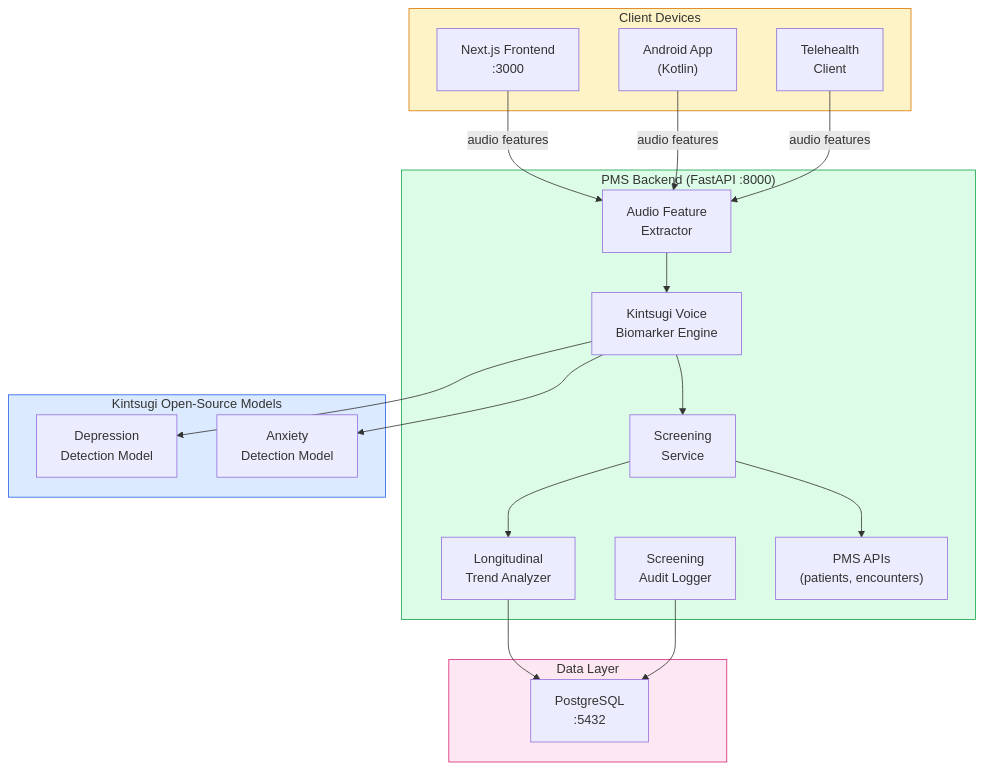
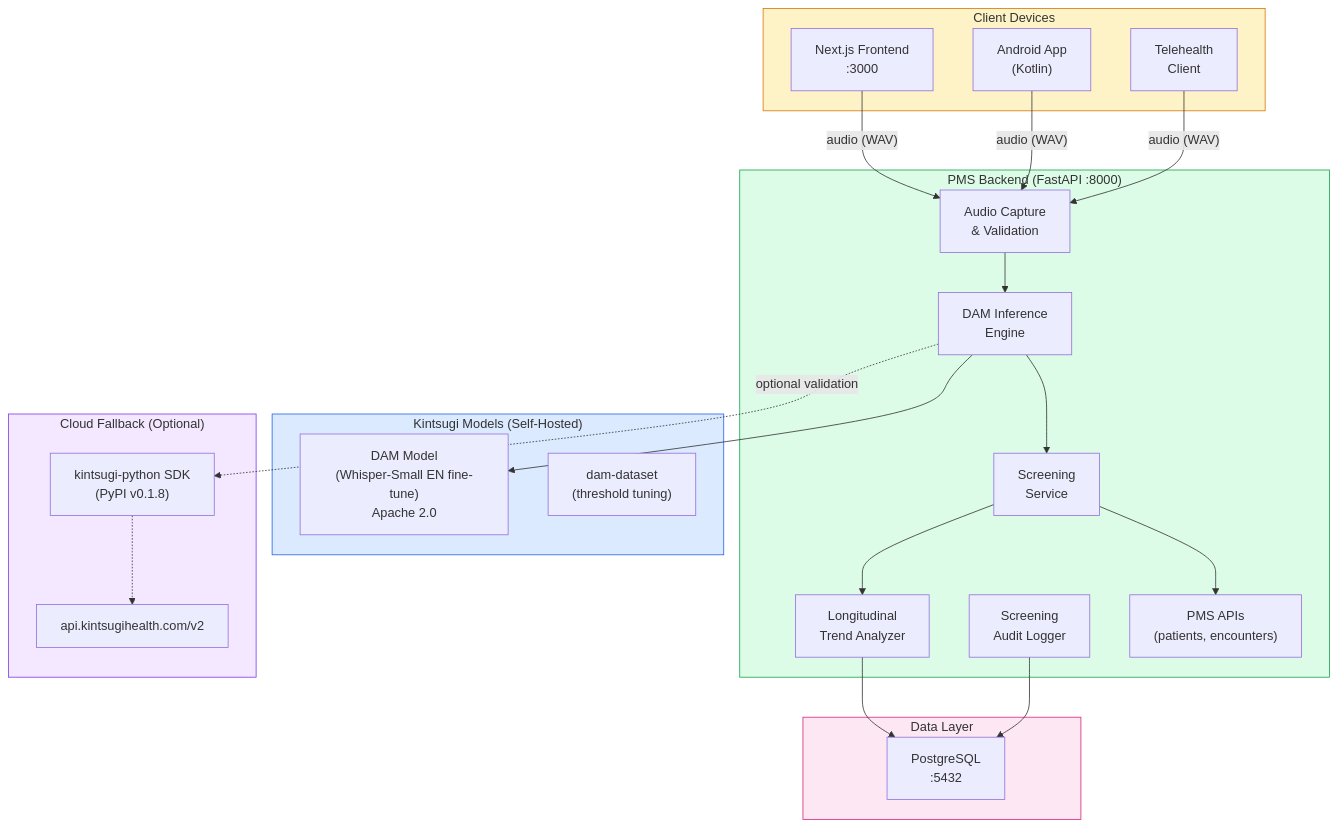
Before and after one commit to utexas-demo/demo: the diagram in docs/experiments/35-PRD-KintsugiOpenSource-PMS-Integration.md, drawn with Mermaid. The commit also changed other lines of this file and 4 other files, not shown here.

First line of the commit message:
Update Experiment 35 to use PyPI SDK and HuggingFace DAM model; add AI brief

````diff
--- a/docs/experiments/35-PRD-KintsugiOpenSource-PMS-Integration.md
+++ b/docs/experiments/35-PRD-KintsugiOpenSource-PMS-Integration.md
@@ -37,43 +44,50 @@
 ```mermaid
 flowchart TB
     subgraph Client["Client Devices"]
         WEB["Next.js Frontend<br/>:3000"]
         ANDROID["Android App<br/>(Kotlin)"]
         TELE["Telehealth<br/>Client"]
     end
 
     subgraph PMS["PMS Backend (FastAPI :8000)"]
-        AUDIO["Audio Feature<br/>Extractor"]
-        BIOMARKER["Kintsugi Voice<br/>Biomarker Engine"]
+        AUDIO["Audio Capture<br/>& Validation"]
+        DAM_ENGINE["DAM Inference<br/>Engine"]
         SCREEN["Screening<br/>Service"]
         TREND["Longitudinal<br/>Trend Analyzer"]
         AUDIT["Screening<br/>Audit Logger"]
         API["PMS APIs<br/>(patients, encounters)"]
     end
 
-    subgraph Models["Kintsugi Open-Source Models"]
-        DEP["Depression<br/>Detection Model"]
-        ANX["Anxiety<br/>Detection Model"]
+    subgraph Models["Kintsugi Models (Self-Hosted)"]
+        DAM["DAM Model<br/>(Whisper-Small EN fine-tune)<br/>Apache 2.0"]
+        DATASET["dam-dataset<br/>(threshold tuning)"]
+    end
+
+    subgraph CloudFallback["Cloud Fallback (Optional)"]
+        PYPI["kintsugi-python SDK<br/>(PyPI v0.1.8)"]
+        KV_API["api.kintsugihealth.com/v2"]
     end
 
     subgraph Data["Data Layer"]
         PG["PostgreSQL<br/>:5432"]
     end
 
-    WEB -->|audio features| AUDIO
-    ANDROID -->|audio features| AUDIO
-    TELE -->|audio features| AUDIO
-    AUDIO --> BIOMARKER
-    BIOMARKER --> DEP
-    BIOMARKER --> ANX
-    BIOMARKER --> SCREEN
+    WEB -->|"audio (WAV)"| AUDIO
+    ANDROID -->|"audio (WAV)"| AUDIO
+    TELE -->|"audio (WAV)"| AUDIO
+    AUDIO --> DAM_ENGINE
+    DAM_ENGINE --> DAM
+    DAM_ENGINE -.->|"optional validation"| PYPI
+    PYPI -.-> KV_API
+    DAM_ENGINE --> SCREEN
     SCREEN --> API
+    SCREEN --> TREND
     TREND --> PG
     AUDIT --> PG
-    SCREEN --> TREND
 
     style Client fill:#fef3c7,stroke:#d97706
     style PMS fill:#dcfce7,stroke:#16a34a
     style Models fill:#dbeafe,stroke:#2563eb
+    style CloudFallback fill:#f3e8ff,stroke:#7c3aed
     style Data fill:#fce7f3,stroke:#db2777
 ```
````
